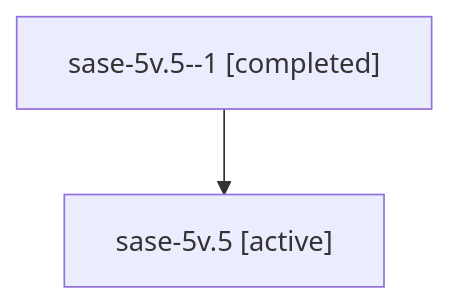
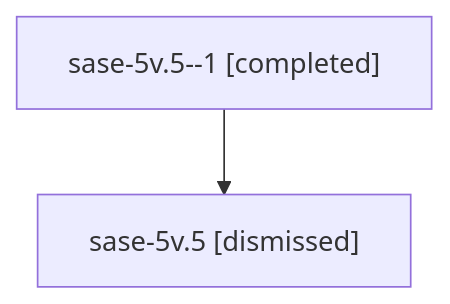
Before and after one commit to sase-org/sase--agents: the diagram in sessions/bbugyi200.athena.sase-5v.5.md, drawn with Mermaid. The commit also changed other lines of this file and 61 other files, not shown here.

````diff
--- a/sessions/bbugyi200.athena.sase-5v.5.md
+++ b/sessions/bbugyi200.athena.sase-5v.5.md
@@ -9,6 +9,6 @@
 ```mermaid
 flowchart TD
   n0["sase-5v.5--1 [completed]"]
-  n1["sase-5v.5 [active]"]
+  n1["sase-5v.5 [dismissed]"]
   n0 --> n1
 ```
````
